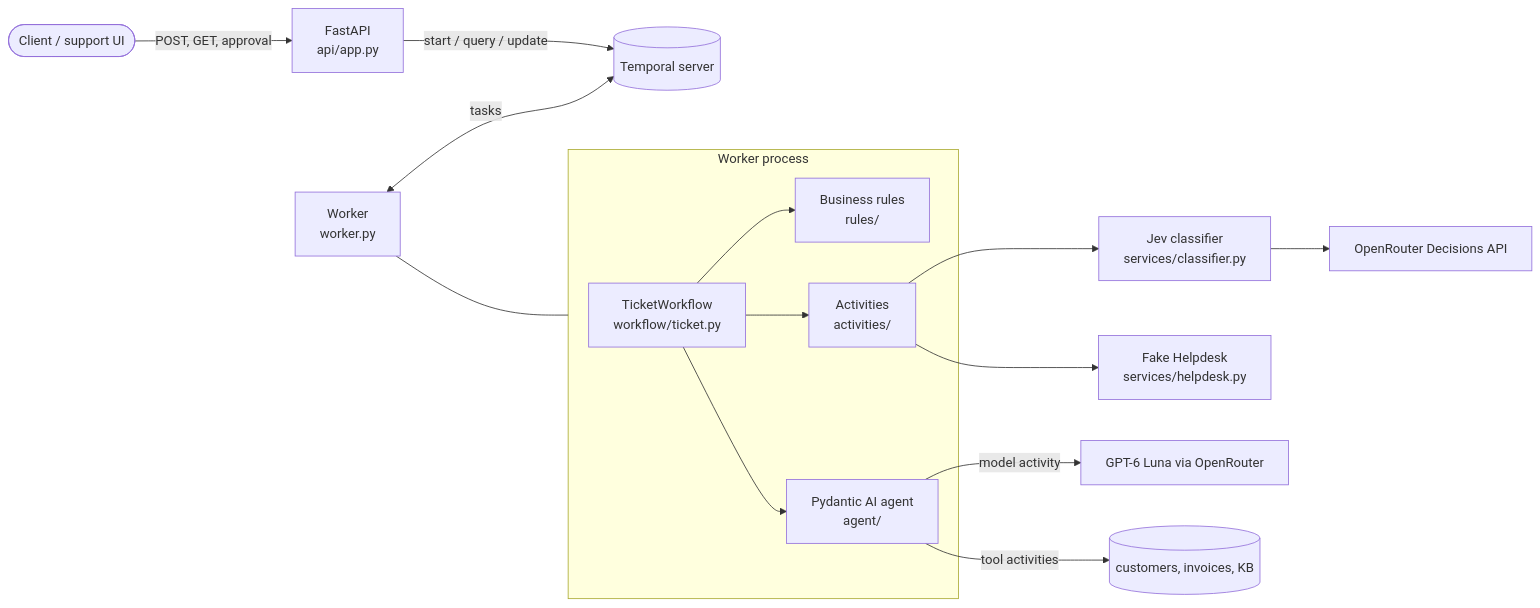
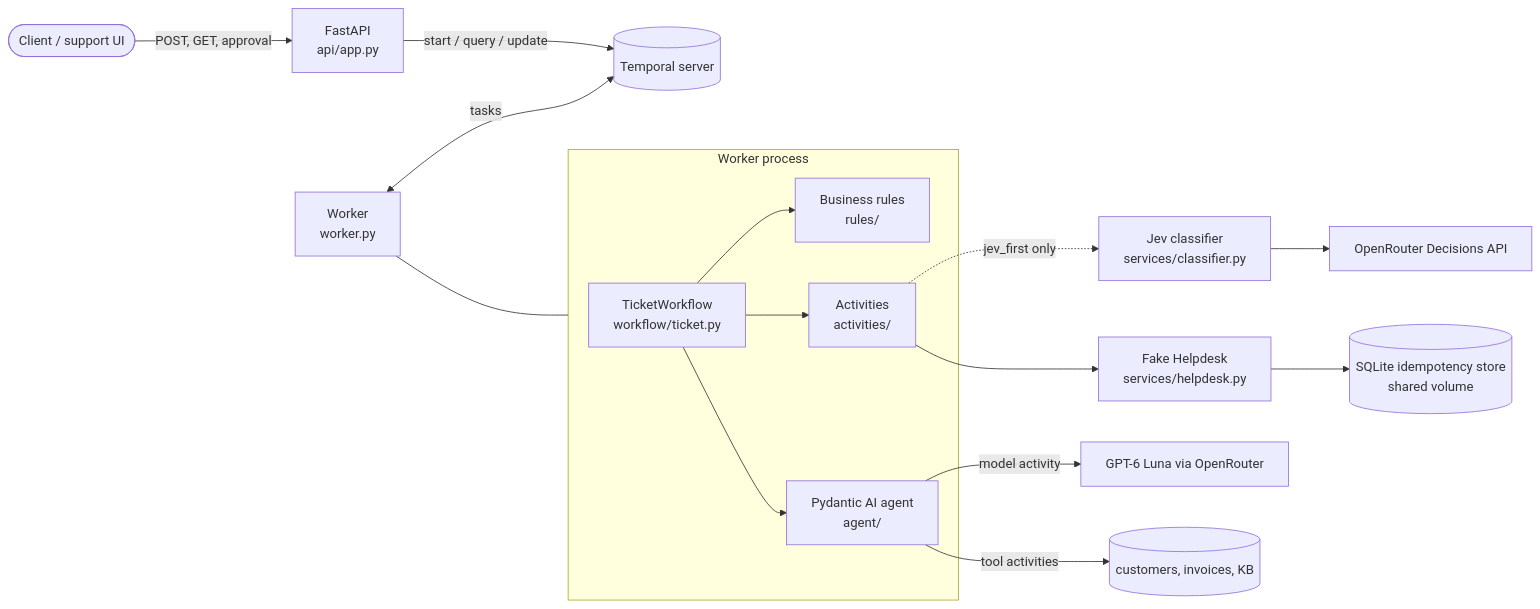
Before and after one commit to dbaran0/prototype: the diagram in README.md, drawn with Mermaid. The commit also changed other lines of this file and 20 other files, not shown here.

````diff
--- a/README.md
+++ b/README.md
@@ -119,17 +124,18 @@
 ```mermaid
 flowchart LR
     client([Client / support UI]) -->|POST, GET, approval| api[FastAPI<br/>api/app.py]
     api -->|start / query / update| temporal[(Temporal server)]
     worker[Worker<br/>worker.py] <-->|tasks| temporal
     subgraph worker_box [Worker process]
         wf[TicketWorkflow<br/>workflow/ticket.py] --> rules[Business rules<br/>rules/]
         wf --> acts[Activities<br/>activities/]
         wf --> agent[Pydantic AI agent<br/>agent/]
     end
     worker --- worker_box
-    acts --> jev[Jev classifier<br/>services/classifier.py]
+    acts -.->|jev_first only| jev[Jev classifier<br/>services/classifier.py]
     acts --> helpdesk[Fake Helpdesk<br/>services/helpdesk.py]
+    helpdesk --> store[(SQLite idempotency store<br/>shared volume)]
     agent -->|model activity| llm[GPT-6 Luna via OpenRouter]
     agent -->|tool activities| data[(customers, invoices, KB)]
     jev --> openrouter[OpenRouter Decisions API]
 ```
````
